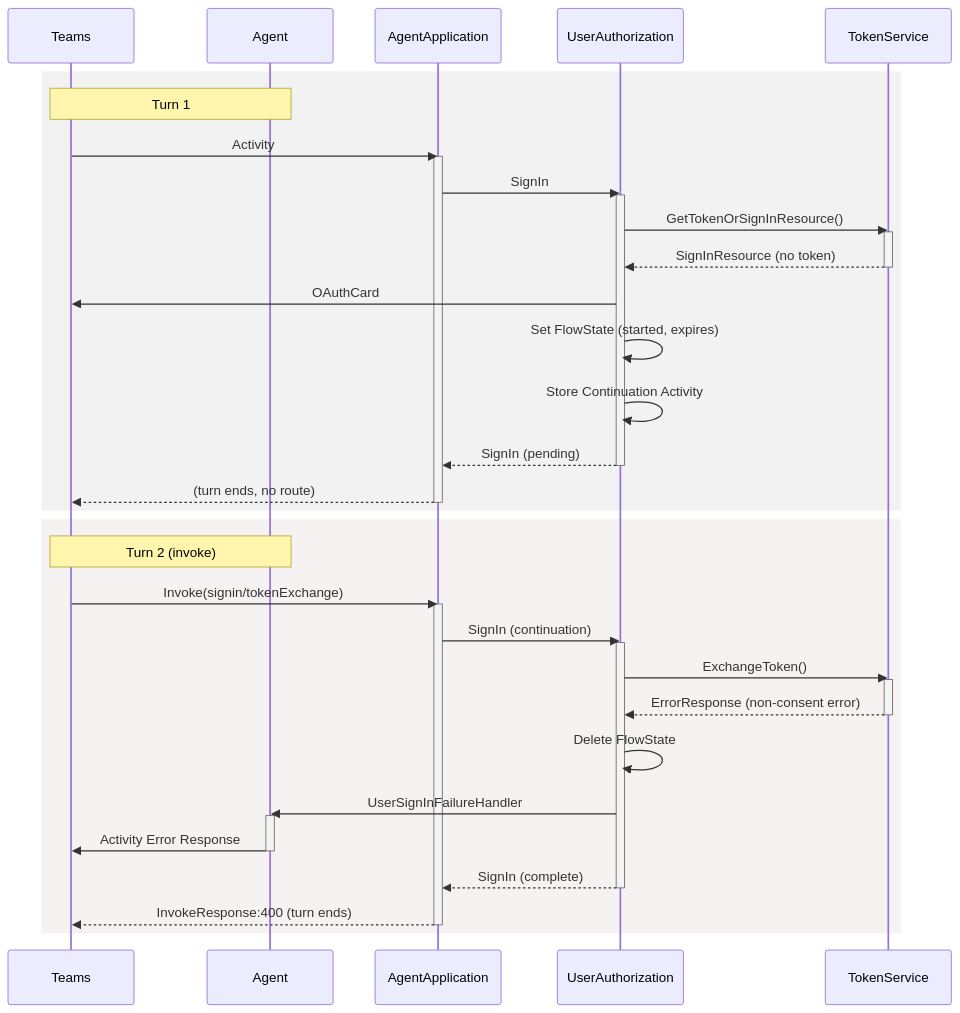
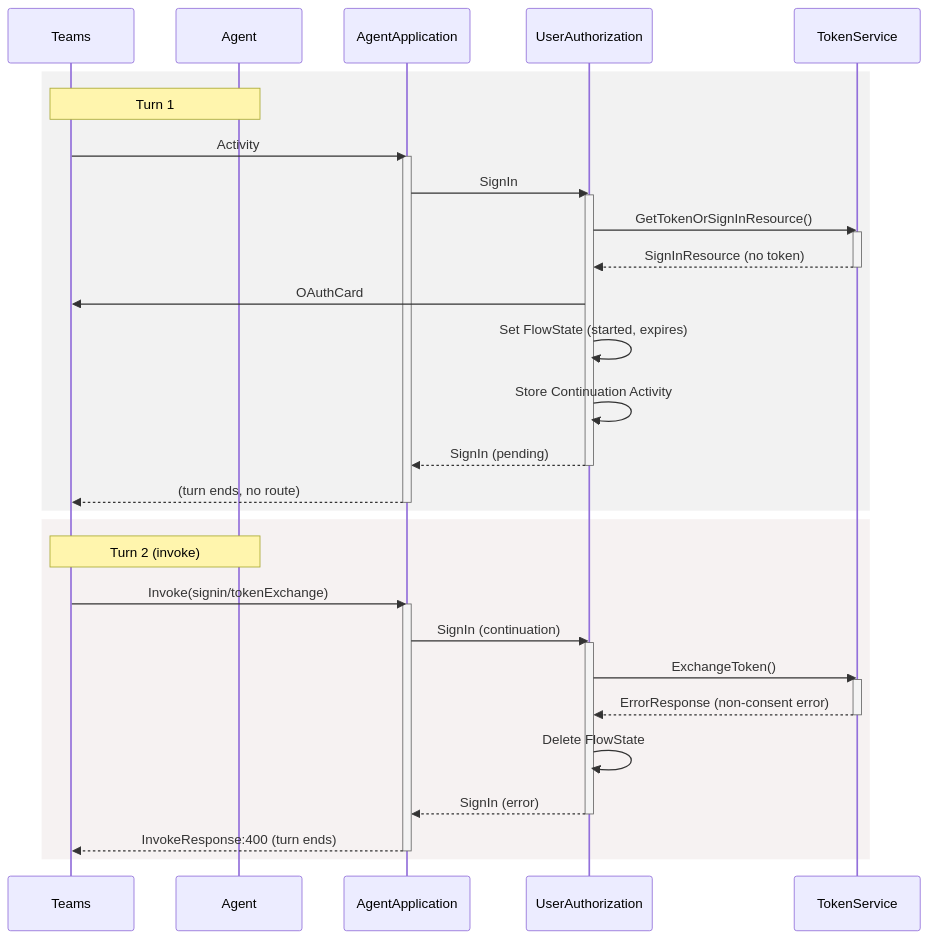
One commit to microsoft/Agents-for-net changed the fourth of 4 diagrams in docs/teams-sso-sequence-diagram.md. Above: the diagram before and after it, drawn with Mermaid. The commit also changed other lines of this file and 6 other files, not shown here.

Commit message:
docs: apply sequence diagram drift fixes from issue 929

````diff
--- a/docs/teams-sso-sequence-diagram.md
+++ b/docs/teams-sso-sequence-diagram.md
@@ -221,50 +221,46 @@
 ```mermaid
 sequenceDiagram
     participant Teams
     participant Agent
     participant AgentApplication
     participant UserAuthorization
     participant TokenService
 
     %% turn 1
     rect rgba(128, 128, 128, .1)
     Note over Teams,Agent: Turn 1
     Teams->>AgentApplication: Activity
     activate AgentApplication
     AgentApplication->>UserAuthorization: SignIn
     activate UserAuthorization
     UserAuthorization->>TokenService: GetTokenOrSignInResource()
     activate TokenService
     TokenService-->>UserAuthorization: SignInResource (no token)
     deactivate TokenService
     UserAuthorization->>Teams: OAuthCard
     UserAuthorization->>UserAuthorization: Set FlowState (started, expires)
     UserAuthorization->>UserAuthorization: Store Continuation Activity
     UserAuthorization-->>AgentApplication: SignIn (pending)
     deactivate UserAuthorization
     AgentApplication-->>Teams: (turn ends, no route)
     deactivate AgentApplication
     end
 
     %% turn 2
     rect rgba(170, 128, 128, .1)
     Note over Teams, Agent: Turn 2 (invoke)
     Teams->>AgentApplication: Invoke(signin/tokenExchange)
     activate AgentApplication
     AgentApplication->>UserAuthorization: SignIn (continuation)
     activate UserAuthorization
     UserAuthorization->>TokenService: ExchangeToken()
     activate TokenService
     TokenService-->>UserAuthorization: ErrorResponse (non-consent error)
     deactivate TokenService
     UserAuthorization->>UserAuthorization: Delete FlowState
-    UserAuthorization->>Agent: UserSignInFailureHandler
-    activate Agent
-    Agent->>Teams: Activity Error Response
-    deactivate Agent
-    UserAuthorization-->>AgentApplication: SignIn (complete)
+    UserAuthorization-->>AgentApplication: SignIn (error)
     deactivate UserAuthorization
     AgentApplication-->>Teams: InvokeResponse:400 (turn ends)
     deactivate AgentApplication
     end
 ```
````
